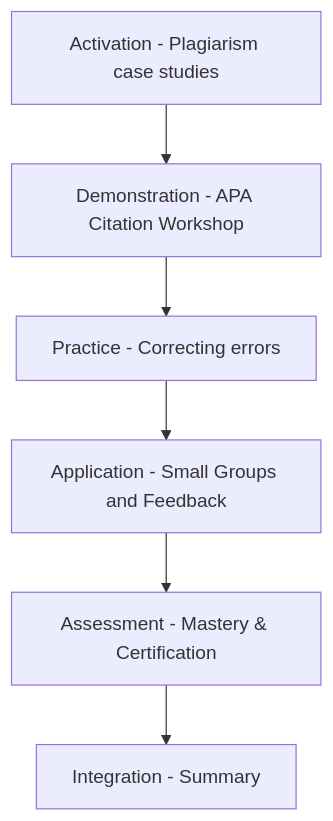
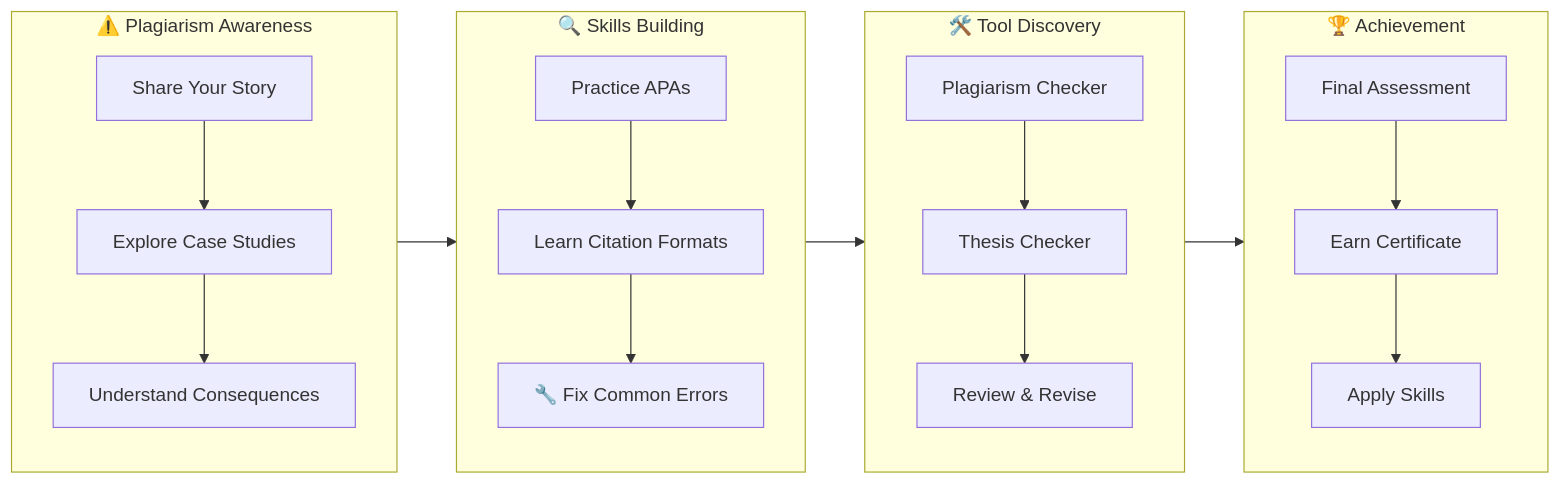
The second of 2 diagrams in hacks/plagiarism/B-gain-attention.md (whitelunarium/pages_fork), drawn with Mermaid before and after one commit. The commit also changed other lines of this file and 6 other files, not shown here.

````diff
--- a/hacks/plagiarism/B-gain-attention.md
+++ b/hacks/plagiarism/B-gain-attention.md
@@ -31,8 +76,23 @@
 ```mermaid
-flowchart TD
-    A[Activation - Plagiarism case studies] --> B[Demonstration - APA Citation Workshop]
-    B --> C[Practice - Correcting errors]
-    C --> D[Application - Small Groups and Feedback]
-    D --> E[Assessment - Mastery & Certification]
-    E --> F[Integration - Summary]
+flowchart LR
+    subgraph Foundation ["⚠️ Plagiarism Awareness"]
+        A[Share Your Story] --> B[Explore Case Studies] --> C[Understand Consequences]
+    end
+    
+    subgraph Skills ["🔍 Skills Building"]
+        D[Practice APAs] --> E[Learn Citation Formats] --> F[🔧 Fix Common Errors]
+    end
+    
+    subgraph Tools ["🛠️ Tool Discovery"]
+        G[Plagiarism Checker] --> H[Thesis Checker] --> I[Review & Revise]
+    end
+    
+    subgraph Achievement ["🏆 Achievement"]
+        J[Final Assessment] --> K[Earn Certificate] --> L[Apply Skills]
+    end
+    
+    Foundation --> Skills
+    Skills --> Tools
+    Tools --> Achievement
+        
 ```
````
